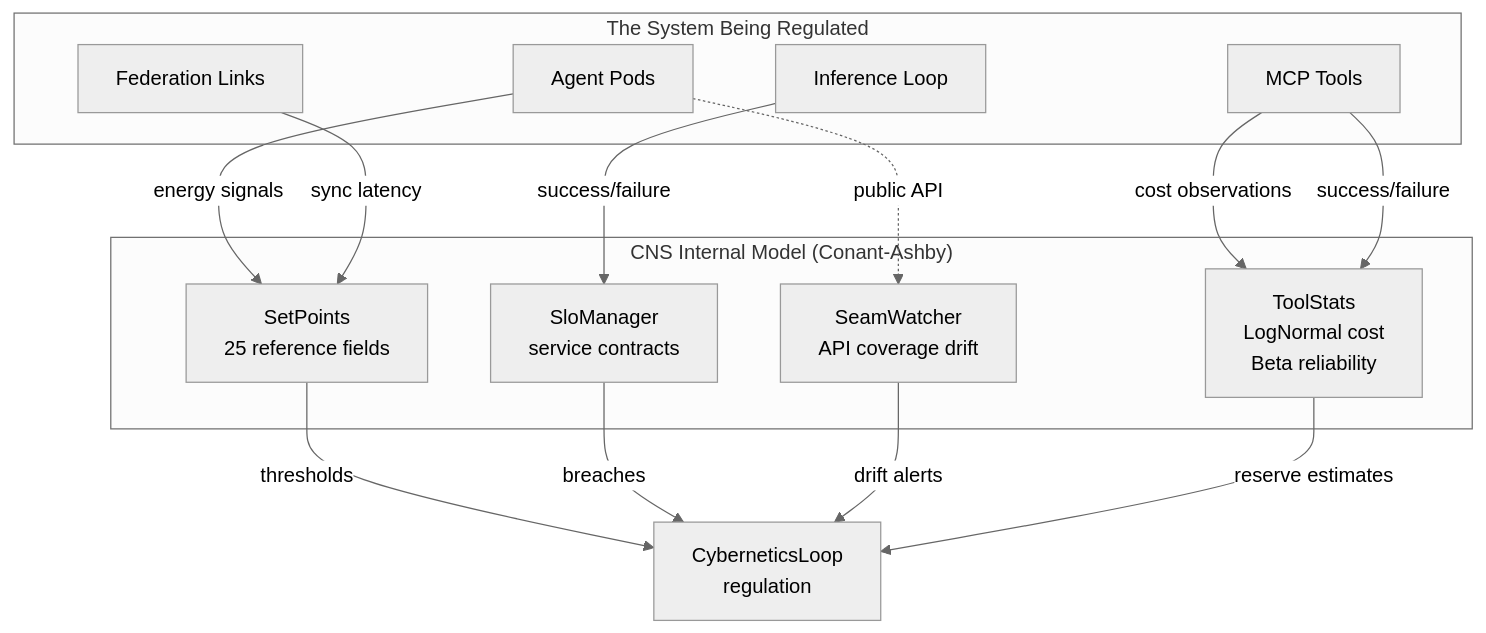
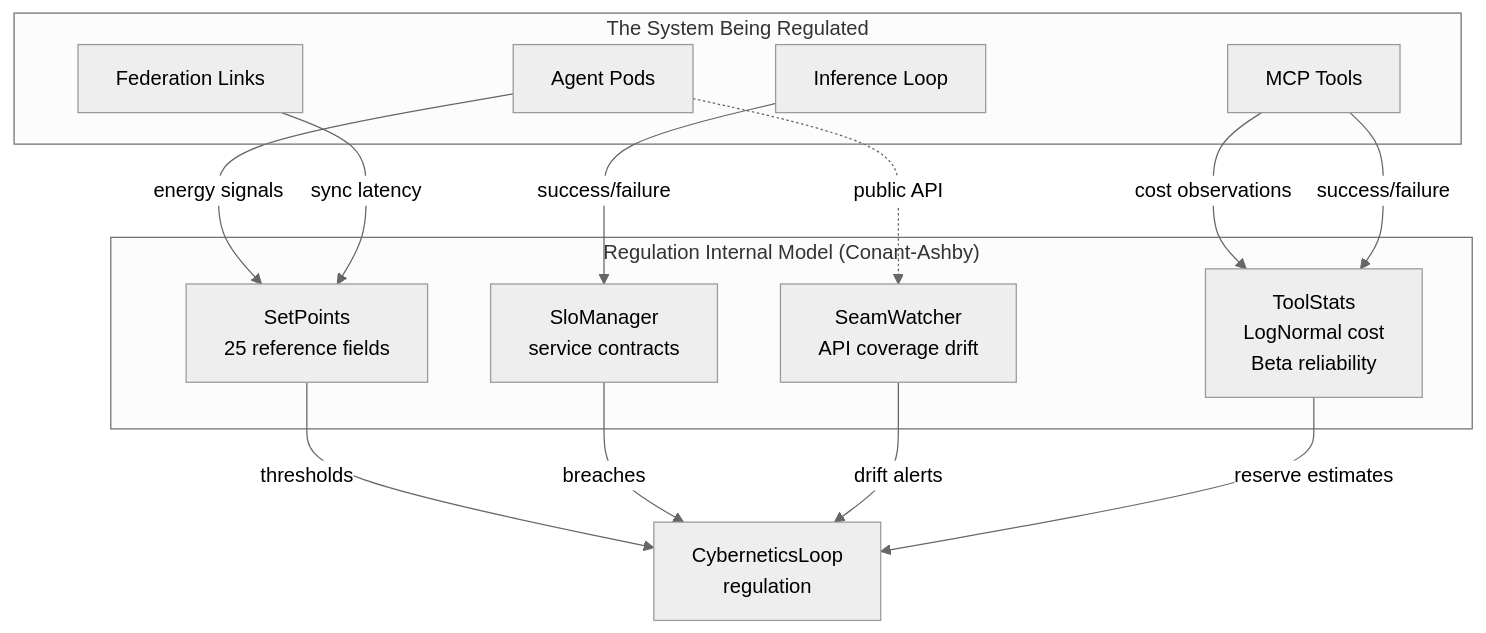
One commit to mdz-axo/hKask changed the third of 15 diagrams in docs/explanation/architecture-patterns.md. Above: the diagram before and after it, drawn with Mermaid (neutral theme). The commit also changed other lines of this file and 68 other files, not shown here.

First line of the commit message:
Rename CNS to Regulation across docs

````diff
--- a/docs/explanation/architecture-patterns.md
+++ b/docs/explanation/architecture-patterns.md
@@ -320,28 +320,28 @@
 ```mermaid
 flowchart TD
     subgraph System["The System Being Regulated"]
         AGENTS["Agent Pods"]
         TOOLS["MCP Tools"]
         INFERENCE["Inference Loop"]
         FEDERATION["Federation Links"]
     end
 
-    subgraph Model["CNS Internal Model (Conant-Ashby)"]
+    subgraph Model["Regulation Internal Model (Conant-Ashby)"]
         SP["SetPoints\n25 reference fields"]
         SLO["SloManager\nservice contracts"]
         SW["SeamWatcher\nAPI coverage drift"]
         TS["ToolStats\nLogNormal cost\nBeta reliability"]
     end
 
     AGENTS -->|"energy signals"| SP
     INFERENCE -->|"success/failure"| SLO
     TOOLS -->|"cost observations"| TS
     TOOLS -->|"success/failure"| TS
     FEDERATION -->|"sync latency"| SP
     AGENTS -.->|"public API"| SW
 
     SP -->|"thresholds"| REG["CyberneticsLoop\nregulation"]
     SLO -->|"breaches"| REG
     SW -->|"drift alerts"| REG
     TS -->|"reserve estimates"| REG
 ```
````
